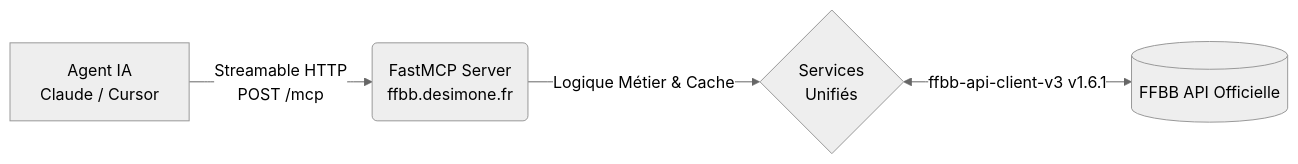
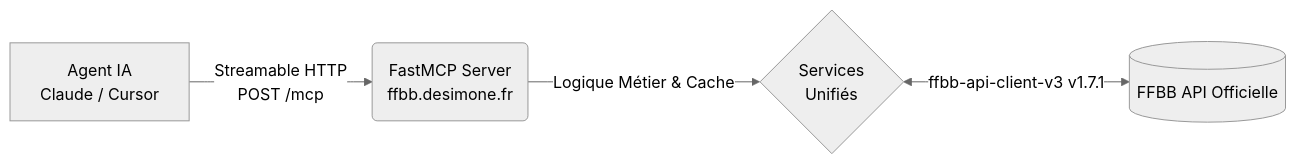
Before and after one commit to nickdesi/FFBB-MCP-Server: the diagram in README.md, drawn with Mermaid (neutral theme).

Commit message:
docs: update ffbb-api-client-v3 version to 1.7.1 in README

````diff
--- a/README.md
+++ b/README.md
@@ -143,6 +143,6 @@
 ```mermaid
 flowchart LR
     A["Agent IA\nClaude / Cursor"] -->|"Streamable HTTP\nPOST /mcp"| B("FastMCP Server\nffbb.desimone.fr")
     B -->|"Logique Métier & Cache"| C{"Services\nUnifiés"}
-    C <-->|"ffbb-api-client-v3 v1.6.1"| D[("FFBB API Officielle")]
+    C <-->|"ffbb-api-client-v3 v1.7.1"| D[("FFBB API Officielle")]
 ```
````
